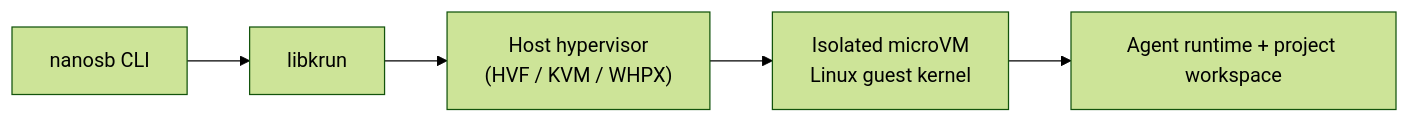
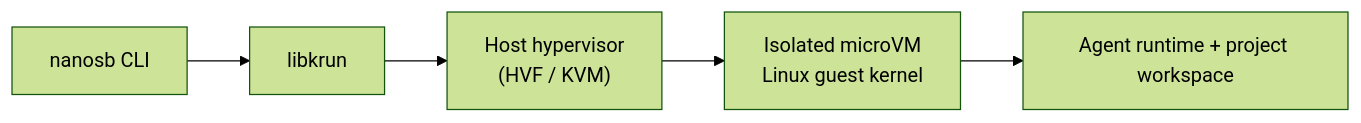
The diagram in content/docs/architecture/overview.md (nanosandboxai/nanosandboxai.github.io), drawn with Mermaid (forest theme) before and after one commit. The commit also changed other lines of this file and 6 other files, not shown here.

````diff
--- a/content/docs/architecture/overview.md
+++ b/content/docs/architecture/overview.md
@@ -11,7 +11,7 @@
 ```mermaid
 graph LR
     A["nanosb CLI"] --> B["libkrun"]
-    B --> C["Host hypervisor\n(HVF / KVM / WHPX)"]
+    B --> C["Host hypervisor\n(HVF / KVM)"]
     C --> D["Isolated microVM\nLinux guest kernel"]
     D --> E["Agent runtime + project workspace"]
 ```
````
